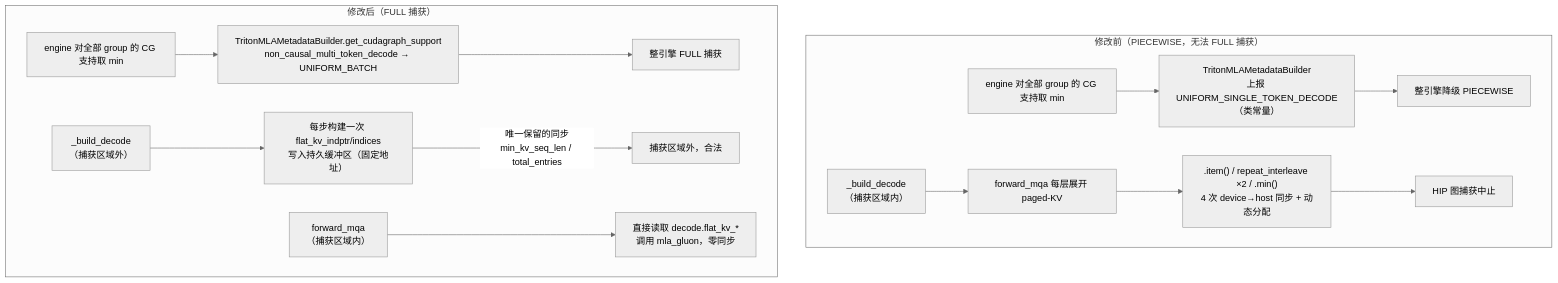
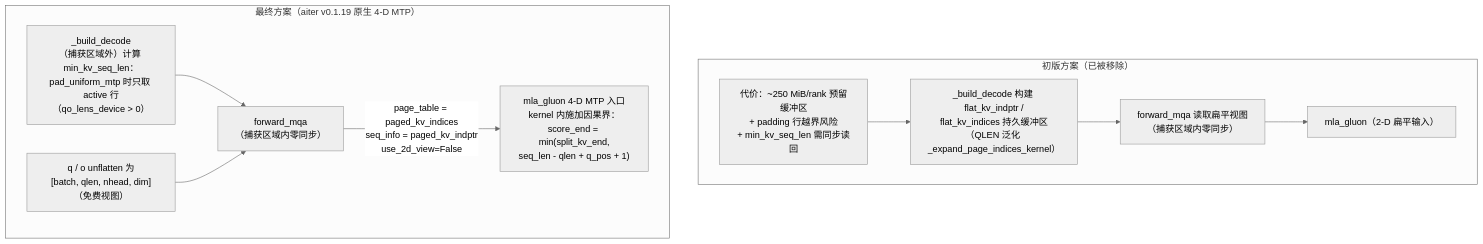
Before and after one commit to shen-shanshan/vllm-dev-skills: the first of 2 diagrams in skills/vllm-pr-summary/outputs/pr-51171-summary.md, drawn with Mermaid (neutral theme). The commit also changed other lines of this file and 12 other files, not shown here.

````diff
--- a/skills/vllm-pr-summary/outputs/pr-51171-summary.md
+++ b/skills/vllm-pr-summary/outputs/pr-51171-summary.md
@@ -44,18 +50,14 @@
 ```mermaid
 flowchart TD
-    subgraph BEFORE["修改前（PIECEWISE，无法 FULL 捕获）"]
-        B1[engine 对全部 group 的 CG 支持取 min] --> B2["TritonMLAMetadataBuilder<br/>上报 UNIFORM_SINGLE_TOKEN_DECODE<br/>（类常量）"]
-        B2 --> B3["整引擎降级 PIECEWISE"]
-        B4["_build_decode<br/>（捕获区域内）"] --> B5["forward_mqa 每层展开 paged-KV"]
-        B5 --> B6[".item() / repeat_interleave ×2 / .min()<br/>4 次 device→host 同步 + 动态分配"]
-        B6 --> B7["HIP 图捕获中止"]
+    subgraph V1["初版方案（已被移除）"]
+        B1["_build_decode 构建 flat_kv_indptr /<br/>flat_kv_indices 持久缓冲区<br/>（QLEN 泛化 _expand_page_indices_kernel）"] --> B2["forward_mqa 读取扁平视图<br/>（捕获区域内零同步）"]
+        B2 --> B3["mla_gluon（2-D 扁平输入）"]
+        B4["代价：~250 MiB/rank 预留缓冲区<br/>+ padding 行越界风险<br/>+ min_kv_seq_len 需同步读回"] --> B1
     end
 
-    subgraph AFTER["修改后（FULL 捕获）"]
-        A1[engine 对全部 group 的 CG 支持取 min] --> A2["TritonMLAMetadataBuilder.get_cudagraph_support<br/>non_causal_multi_token_decode → UNIFORM_BATCH"]
-        A2 --> A3["整引擎 FULL 捕获"]
-        A4["_build_decode<br/>（捕获区域外）"] --> A5["每步构建一次 flat_kv_indptr/indices<br/>写入持久缓冲区（固定地址）"]
-        A5 -->|"唯一保留的同步<br/>min_kv_seq_len / total_entries"| A6["捕获区域外，合法"]
-        A7["forward_mqa<br/>（捕获区域内）"] --> A8["直接读取 decode.flat_kv_*<br/>调用 mla_gluon，零同步"]
+    subgraph V2["最终方案（aiter v0.1.19 原生 4-D MTP）"]
+        A1["_build_decode<br/>（捕获区域外）计算 min_kv_seq_len：<br/>pad_uniform_mtp 时只取 active 行<br/>（qo_lens_device > 0）"] --> A3["forward_mqa<br/>（捕获区域内零同步）"]
+        A2["q / o unflatten 为<br/>[batch, qlen, nhead, dim]（免费视图）"] --> A3
+        A3 -->|"page_table = paged_kv_indices<br/>seq_info = paged_kv_indptr<br/>use_2d_view=False"| A4["mla_gluon 4-D MTP 入口<br/>kernel 内施加因果界：<br/>score_end = min(split_kv_end,<br/>seq_len - qlen + q_pos + 1)"]
     end
 ```
````
